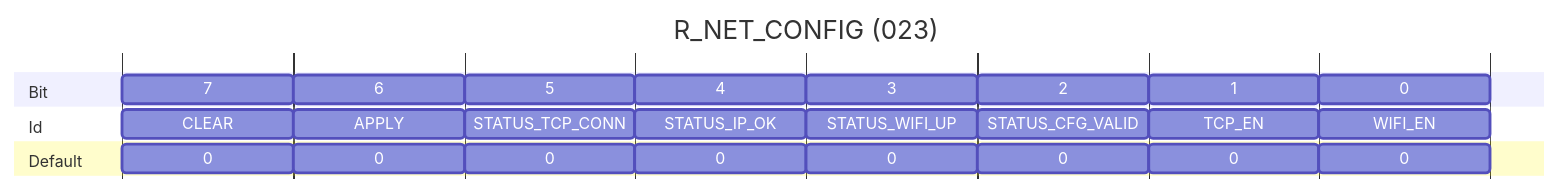
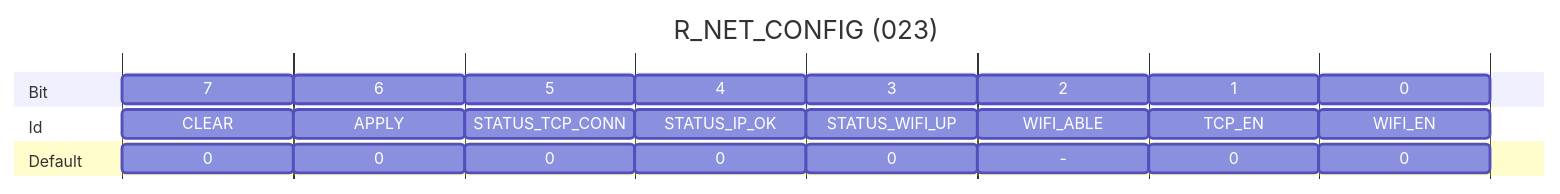
The ninth of 18 diagrams in Device.md (barbaLab/protocol), drawn with Mermaid before and after one commit. The commit also changed other lines of this file and 1 other file, not shown here.

Commit message:
Add WIFI_ABLE network capability bit

````diff
--- a/Device.md
+++ b/Device.md
@@ -659,40 +659,40 @@
 ```mermaid
 ---
 displayMode: compact
 ---
 
 gantt
   title R_NET_CONFIG (023)
   dateFormat X
   axisFormat %
 
   section Bit
   7      :bit7, 0, 1
   6      :bit6, after bit7, 2
   5      :bit5, after bit6, 3
   4      :bit4, after bit5, 4
   3      :bit3, after bit4, 5
   2      :bit2, after bit3, 6
   1      :bit1, after bit2, 7
   0      :bit0, after bit1, 8
 
   section Id
   CLEAR            :id7, 0, 1
   APPLY            :id6, after id7, 2
   STATUS_TCP_CONN  :id5, after id6, 3
   STATUS_IP_OK     :id4, after id5, 4
   STATUS_WIFI_UP   :id3, after id4, 5
-  STATUS_CFG_VALID :id2, after id3, 6
+  WIFI_ABLE        :id2, after id3, 6
   TCP_EN           :id1, after id2, 7
   WIFI_EN          :id0, after id1, 8
 
   section Default
   0      :d7, 0, 1
   0      :d6, after d7, 2
   0      :d5, after d6, 3
   0      :d4, after d5, 4
   0      :d3, after d4, 5
-  0      :d2, after d3, 6
+  -      :d2, after d3, 6
   0      :d1, after d2, 7
   0      :d0, after d1, 8
 ```
````
